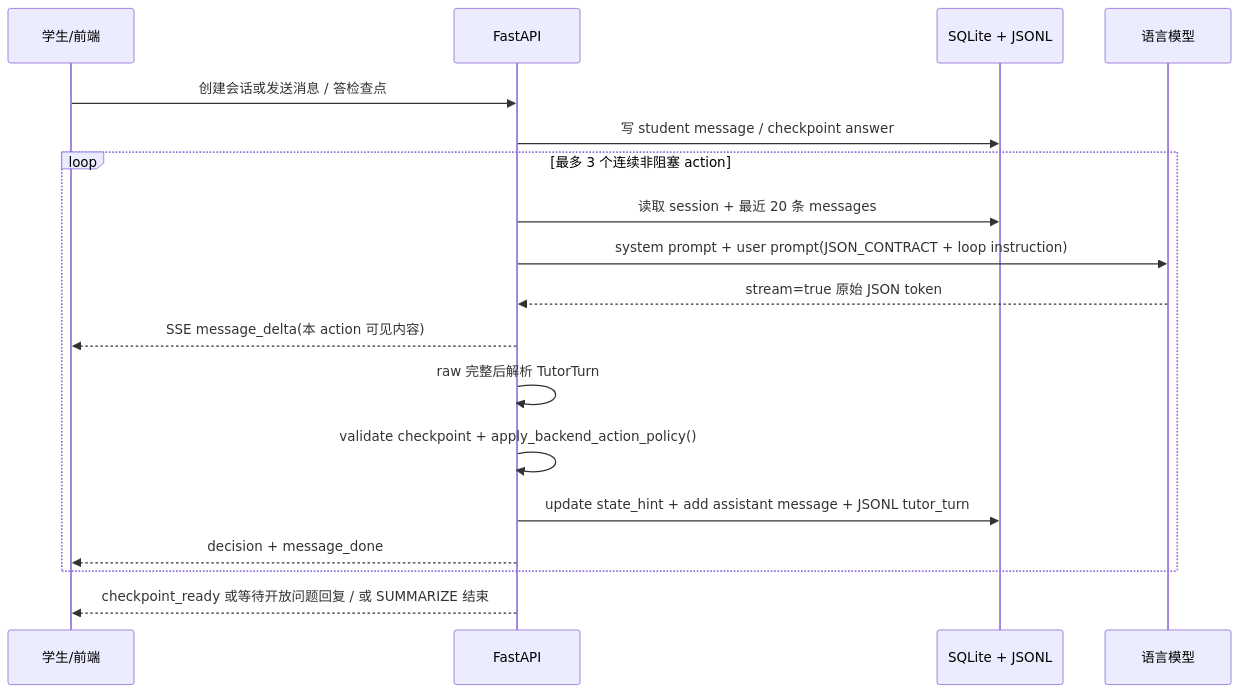
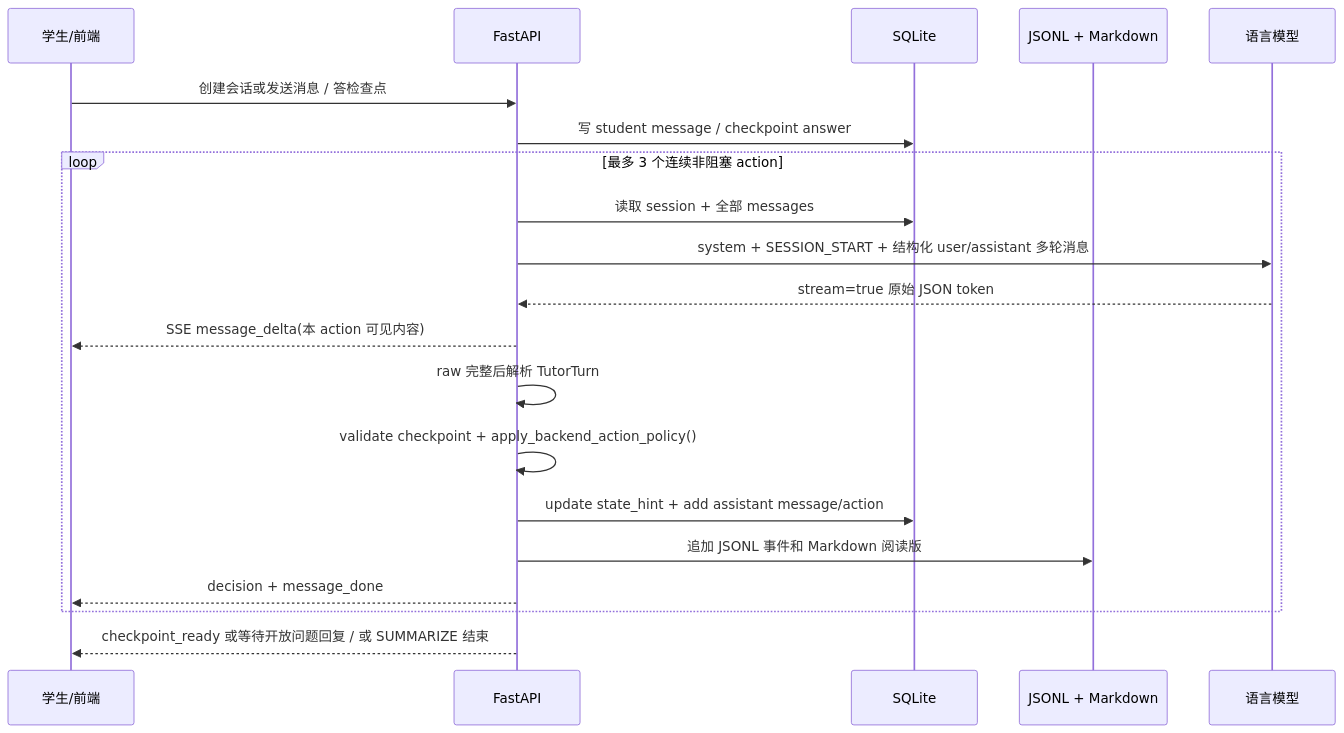
Before and after one commit to robbinpanda/Diagnostic-teaching: the diagram in docs/state-machine.md, drawn with Mermaid. The commit also changed other lines of this file and 20 other files, not shown here.

````diff
--- a/docs/state-machine.md
+++ b/docs/state-machine.md
@@ -20,21 +20,23 @@
 ```mermaid
 sequenceDiagram
   participant Student as 学生/前端
   participant API as FastAPI
-  participant Store as SQLite + JSONL
+  participant DB as SQLite
+  participant Log as JSONL + Markdown
   participant LLM as 语言模型
 
   Student->>API: 创建会话或发送消息 / 答检查点
-  API->>Store: 写 student message / checkpoint answer
+  API->>DB: 写 student message / checkpoint answer
   loop 最多 3 个连续非阻塞 action
-    API->>Store: 读取 session + 最近 20 条 messages
-    API->>LLM: system prompt + user prompt(JSON_CONTRACT + loop instruction)
+    API->>DB: 读取 session + 全部 messages
+    API->>LLM: system + SESSION_START + 结构化 user/assistant 多轮消息
     LLM-->>API: stream=true 原始 JSON token
     API-->>Student: SSE message_delta(本 action 可见内容)
     API->>API: raw 完整后解析 TutorTurn
     API->>API: validate checkpoint + apply_backend_action_policy()
-    API->>Store: update state_hint + add assistant message + JSONL tutor_turn
+    API->>DB: update state_hint + add assistant message/action
+    API->>Log: 追加 JSONL 事件和 Markdown 阅读版
     API-->>Student: decision + message_done
   end
   API-->>Student: checkpoint_ready 或等待开放问题回复 / 或 SUMMARIZE 结束
 ```
````
